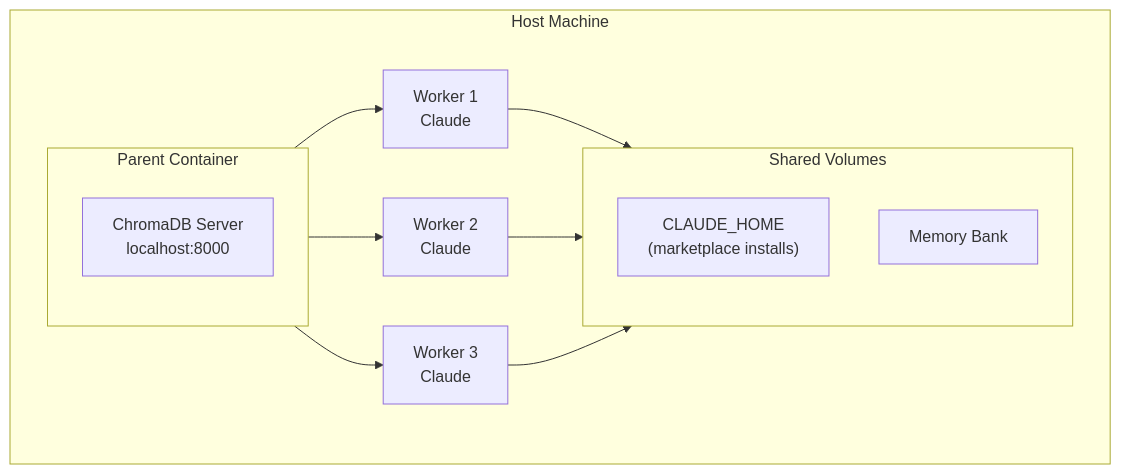
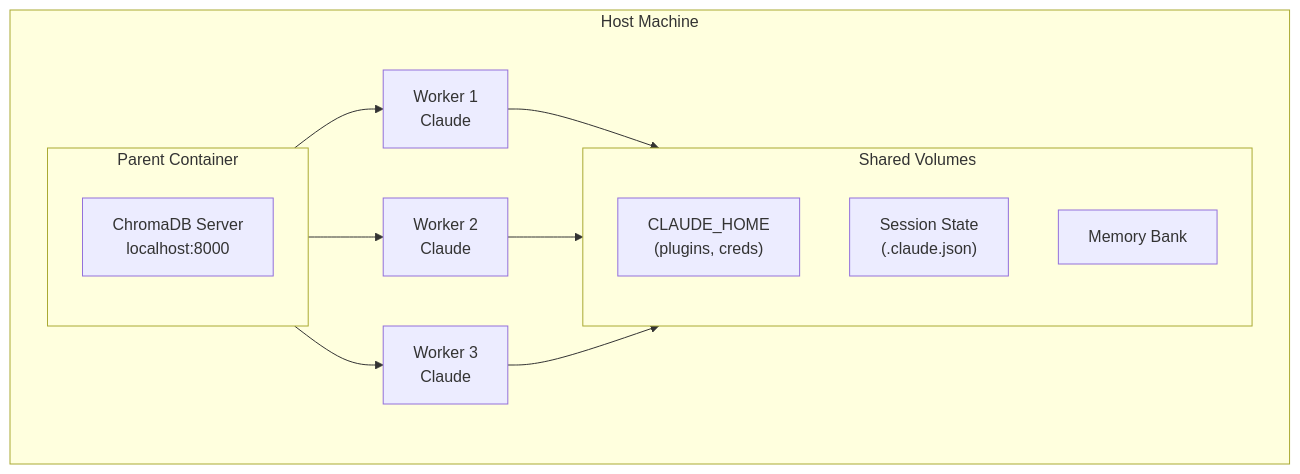
One commit to Hellblazer/hal-9000 changed the diagram in README.md. Above: the diagram before and after it, drawn with Mermaid. The commit also changed other lines of this file, not shown here.

First line of the commit message:
docs: Document session state persistence and MCP configuration

````diff
--- a/README.md
+++ b/README.md
@@ -92,21 +122,22 @@
 ```mermaid
 graph TB
     subgraph Host["Host Machine"]
         subgraph Parent["Parent Container"]
             ChromaDB["ChromaDB Server<br/>localhost:8000"]
         end
 
         Parent --> W1["Worker 1<br/>Claude"]
         Parent --> W2["Worker 2<br/>Claude"]
         Parent --> W3["Worker 3<br/>Claude"]
 
         subgraph Volumes["Shared Volumes"]
-            CH["CLAUDE_HOME<br/>(marketplace installs)"]
+            CH["CLAUDE_HOME<br/>(plugins, creds)"]
+            CS["Session State<br/>(.claude.json)"]
             MB["Memory Bank"]
         end
 
         W1 --> Volumes
         W2 --> Volumes
         W3 --> Volumes
     end
 ```
````
